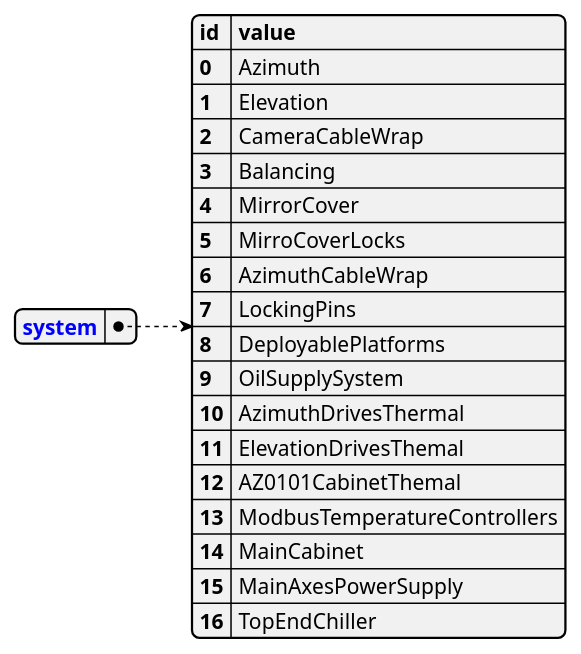
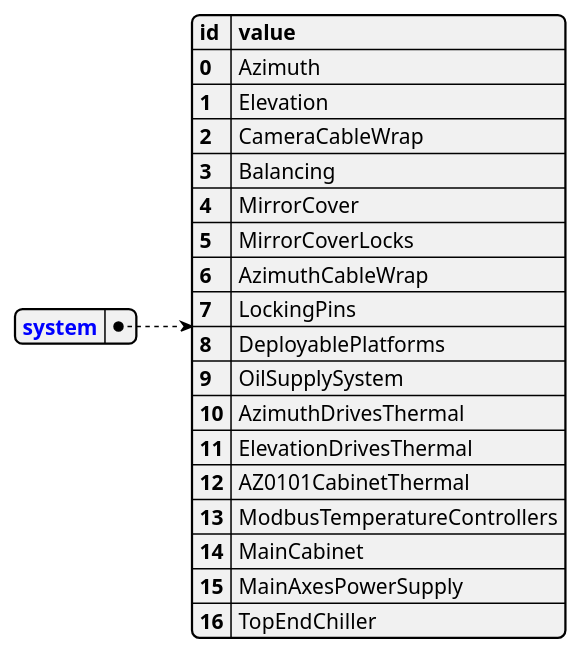
Before and after one commit to lsst-ts/ts_tma_tma-documentation_pxi-controller_documentation: diagram 37 of 46 in 02 CommandsAndEventsManagement/03 Events.md, drawn with PlantUML. The commit also changed other lines of this file, not shown here.

````diff
--- a/02 CommandsAndEventsManagement/03 Events.md
+++ b/02 CommandsAndEventsManagement/03 Events.md
@@ -1004,26 +1004,26 @@
 ``` plantuml
 @startjson
 {
     "<color:blue><b>system": {
         "<b>id": "<b>value",
         "0": "Azimuth",
         "1": "Elevation",
         "2": "CameraCableWrap",
         "3": "Balancing",
         "4": "MirrorCover",
-        "5": "MirroCoverLocks",
+        "5": "MirrorCoverLocks",
         "6": "AzimuthCableWrap",
         "7": "LockingPins",
         "8": "DeployablePlatforms",
         "9": "OilSupplySystem",
         "10": "AzimuthDrivesThermal",
-        "11": "ElevationDrivesThemal",
-        "12": "AZ0101CabinetThemal",
+        "11": "ElevationDrivesThermal",
+        "12": "AZ0101CabinetThermal",
         "13": "ModbusTemperatureControllers",
         "14": "MainCabinet",
         "15": "MainAxesPowerSupply",
         "16": "TopEndChiller"
     }
 }
 @endjson
 ```
````
